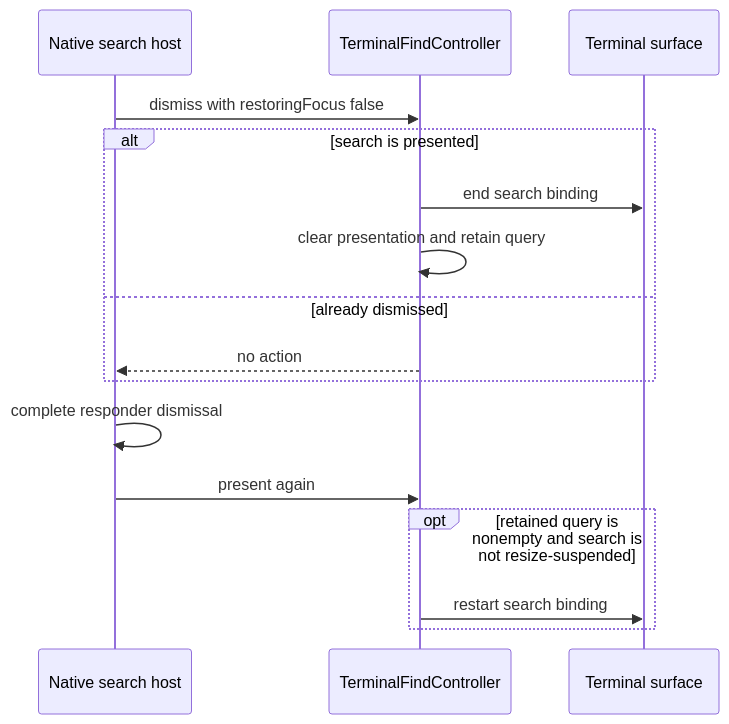
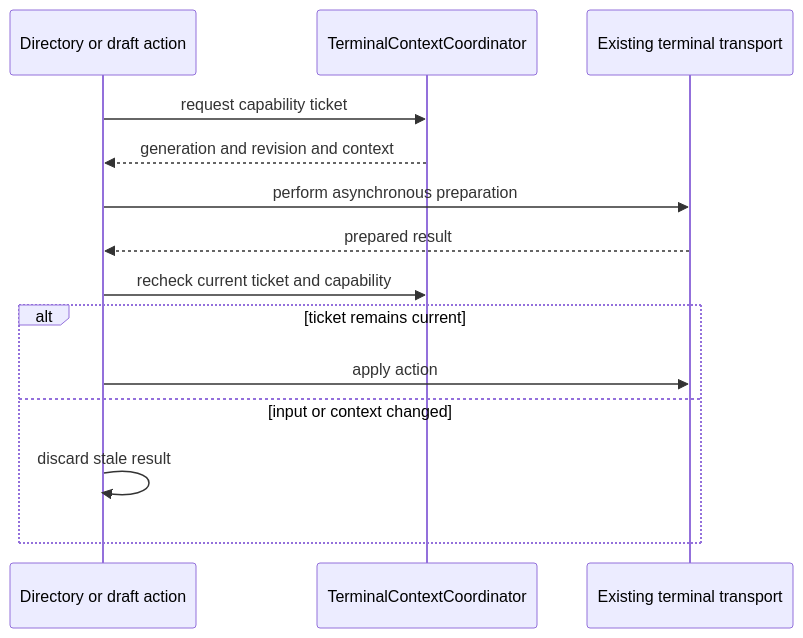
The first of 2 diagrams in openwiki/architecture/engineering-invariants.md (AkinoKaede/Termind), drawn with Mermaid before and after one commit. The commit also changed other lines of this file and 67 other files, not shown here.

````diff
--- a/openwiki/architecture/engineering-invariants.md
+++ b/openwiki/architecture/engineering-invariants.md
@@ -584,18 +297,16 @@
 ```mermaid
 sequenceDiagram
-    participant Native as Native search host
-    participant Find as TerminalFindController
-    participant Surface as Terminal surface
-    Native->>Find: dismiss with restoringFocus false
-    alt search is presented
-        Find->>Surface: end search binding
-        Find->>Find: clear presentation and retain query
-    else already dismissed
-        Find-->>Native: no action
-    end
-    Native->>Native: complete responder dismissal
-    Native->>Find: present again
-    opt retained query is nonempty and search is not resize-suspended
-        Find->>Surface: restart search binding
+    participant Caller as Directory or draft action
+    participant Context as TerminalContextCoordinator
+    participant Remote as Existing terminal transport
+    Caller->>Context: request capability ticket
+    Context-->>Caller: generation and revision and context
+    Caller->>Remote: perform asynchronous preparation
+    Remote-->>Caller: prepared result
+    Caller->>Context: recheck current ticket and capability
+    alt ticket remains current
+        Caller->>Remote: apply action
+    else input or context changed
+        Caller->>Caller: discard stale result
     end
 ```
````
